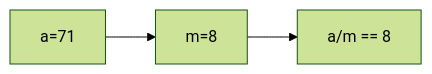
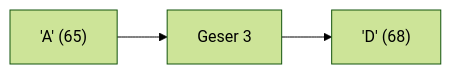
One commit to amnahwaida/OSNK_INF_PREP changed the second of 25 diagrams in part-c-pemahaman-cpp/01-tipe-data/latihan/set-06.md. Above: the diagram before and after it, drawn with Mermaid (forest theme). The commit also changed other lines of this file and 71 other files, not shown here.

````diff
--- a/part-c-pemahaman-cpp/01-tipe-data/latihan/set-06.md
+++ b/part-c-pemahaman-cpp/01-tipe-data/latihan/set-06.md
@@ -48,5 +50,5 @@
 ```mermaid
 graph LR
-A["a=71"] --> B["m=8"]
-B --> C["a/m == 8"]
+A["'A' (65)"] --> B["Geser 3"]
+B --> C["'D' (68)"]
 ```
````
